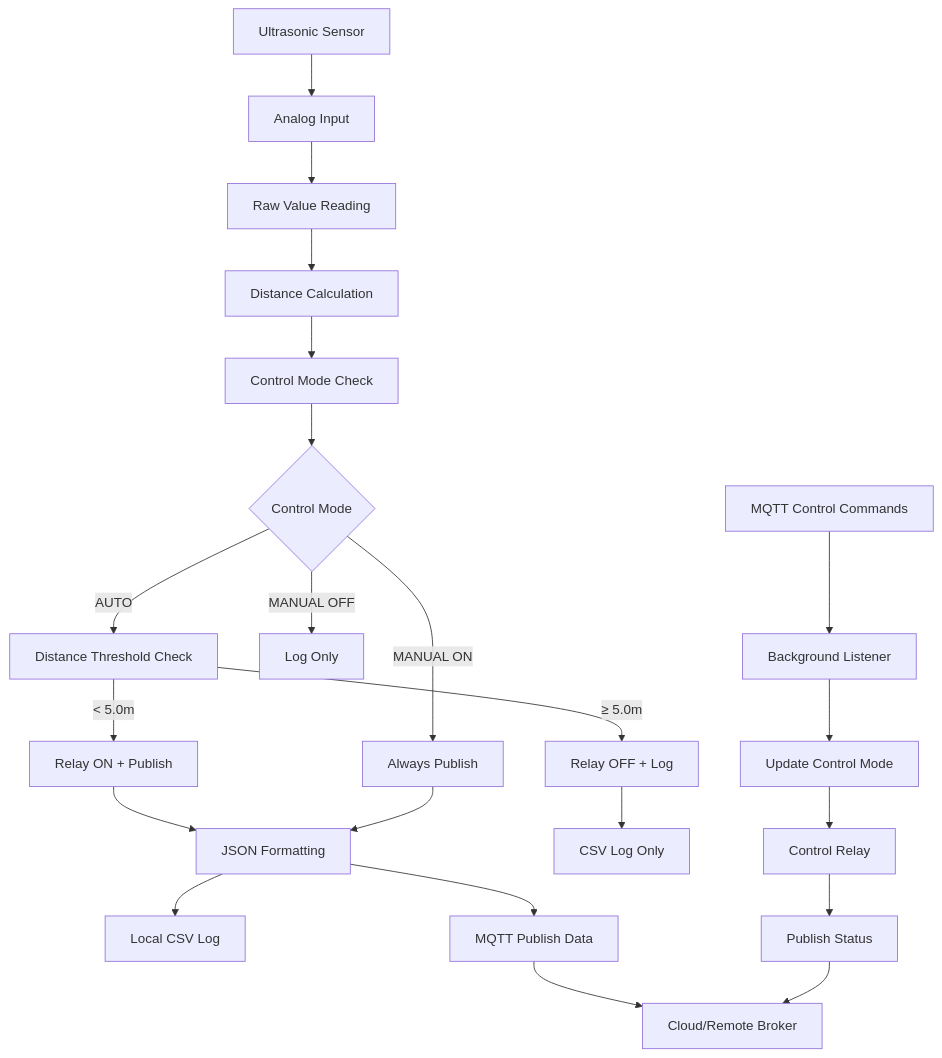
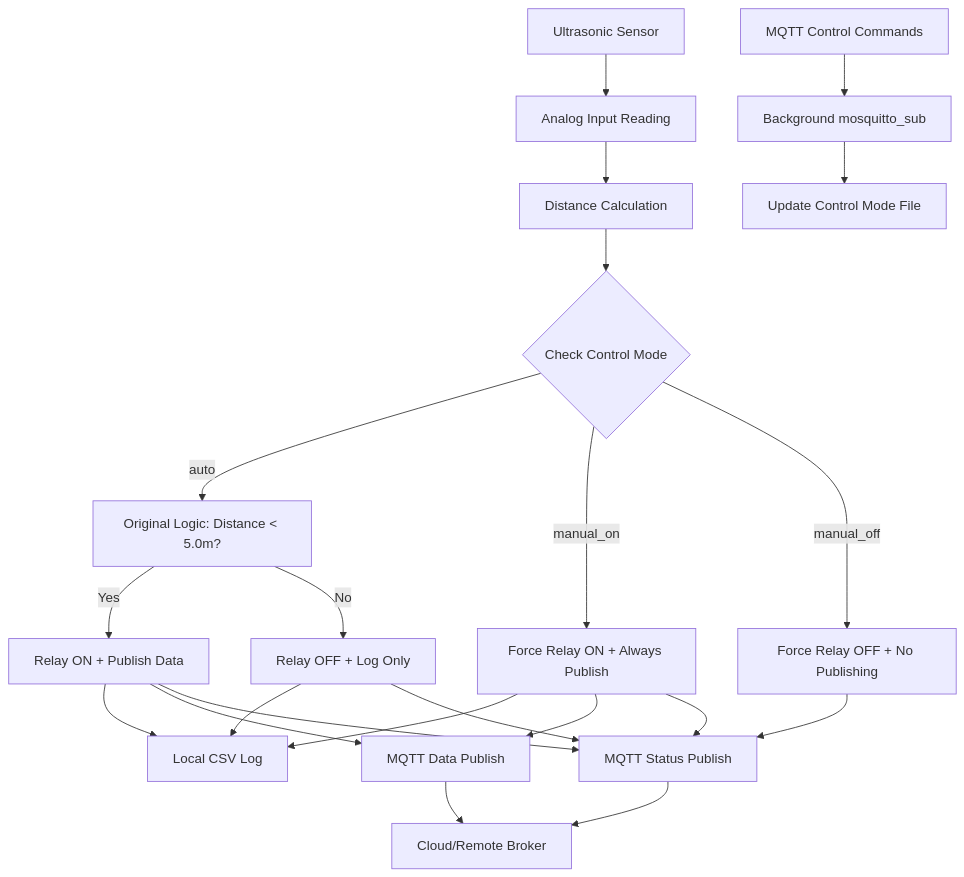
Before and after one commit to hanifr/maxbotic-ultrasonic-rpi-analog-cm4: the diagram in README.md, drawn with Mermaid. The commit also changed other lines of this file, not shown here.

````diff
--- a/README.md
+++ b/README.md
@@ -360,30 +376,31 @@
 ```mermaid
 graph TD
-    A[Ultrasonic Sensor] --> B[Analog Input]
-    B --> C[Raw Value Reading]
-    C --> D[Distance Calculation]
-    D --> E[Control Mode Check]
+    A[Ultrasonic Sensor] --> B[Analog Input Reading]
+    B --> C[Distance Calculation]
     
-    E --> F{Control Mode}
-    F -->|AUTO| G[Distance Threshold Check]
-    F -->|MANUAL ON| H[Always Publish]
-    F -->|MANUAL OFF| I[Log Only]
+    D[MQTT Control Commands] --> E[Background mosquitto_sub]
+    E --> F[Update Control Mode File]
     
-    G -->|< 5.0m| J[Relay ON + Publish]
-    G -->|≥ 5.0m| K[Relay OFF + Log]
+    C --> G{Check Control Mode}
+    G -->|auto| H[Original Logic: Distance < 5.0m?]
+    G -->|manual_on| I[Force Relay ON + Always Publish]
+    G -->|manual_off| J[Force Relay OFF + No Publishing]
     
-    J --> L[JSON Formatting]
-    H --> L
-    K --> M[CSV Log Only]
+    H -->|Yes| K[Relay ON + Publish Data]
+    H -->|No| L[Relay OFF + Log Only]
     
-    L --> N[Local CSV Log]
-    L --> O[MQTT Publish Data]
+    K --> M[Local CSV Log]
+    I --> M
+    L --> M
     
-    P[MQTT Control Commands] --> Q[Background Listener]
-    Q --> R[Update Control Mode]
-    R --> S[Control Relay]
-    S --> T[Publish Status]
+    K --> N[MQTT Data Publish]
+    I --> N
     
-    O --> U[Cloud/Remote Broker]
-    T --> U
+    K --> O[MQTT Status Publish]
+    L --> O
+    I --> O
+    J --> O
+    
+    N --> P[Cloud/Remote Broker]
+    O --> P
 ```
````
